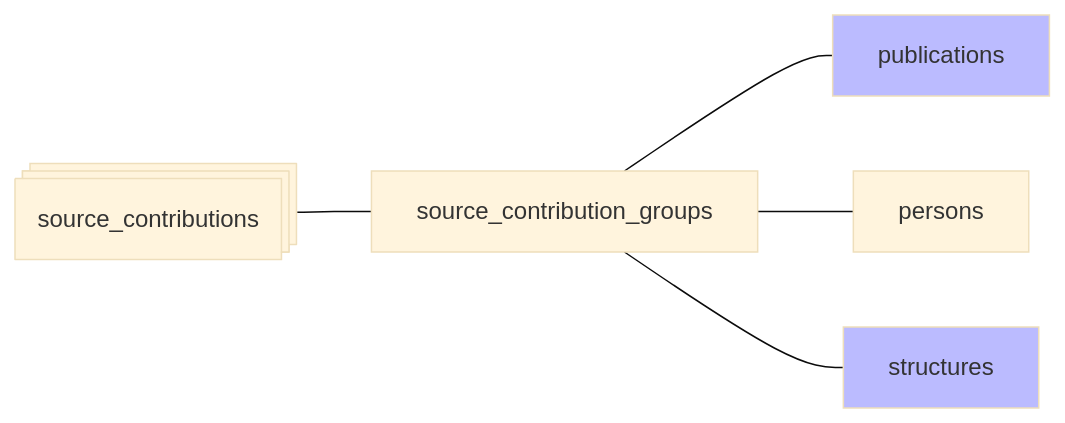
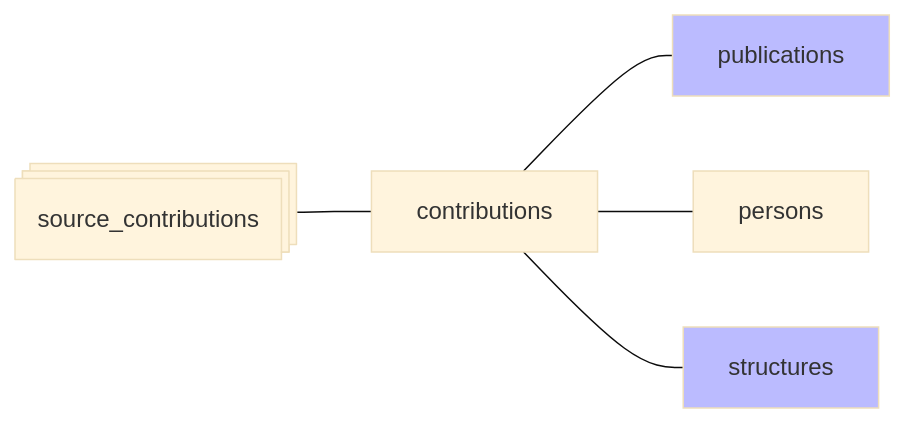
The diagram in docs/pipeline/09-contributions.md (Y33sha/bibliometrie-uca), drawn with Mermaid (base theme) before and after one commit. The commit also changed other lines of this file and 83 other files, not shown here.

````diff
--- a/docs/pipeline/09-contributions.md
+++ b/docs/pipeline/09-contributions.md
@@ -5,9 +5,9 @@
 ```mermaid
 flowchart LR
     F@{shape: procs, label: "source_contributions"}---G
-    G[source_contribution_groups]---A[publications]
+    G[contributions]---A[publications]
     G---C[persons]
     G---D[structures]
     classDef new  fill:#bbf
     class A,D new;
 ```
````
